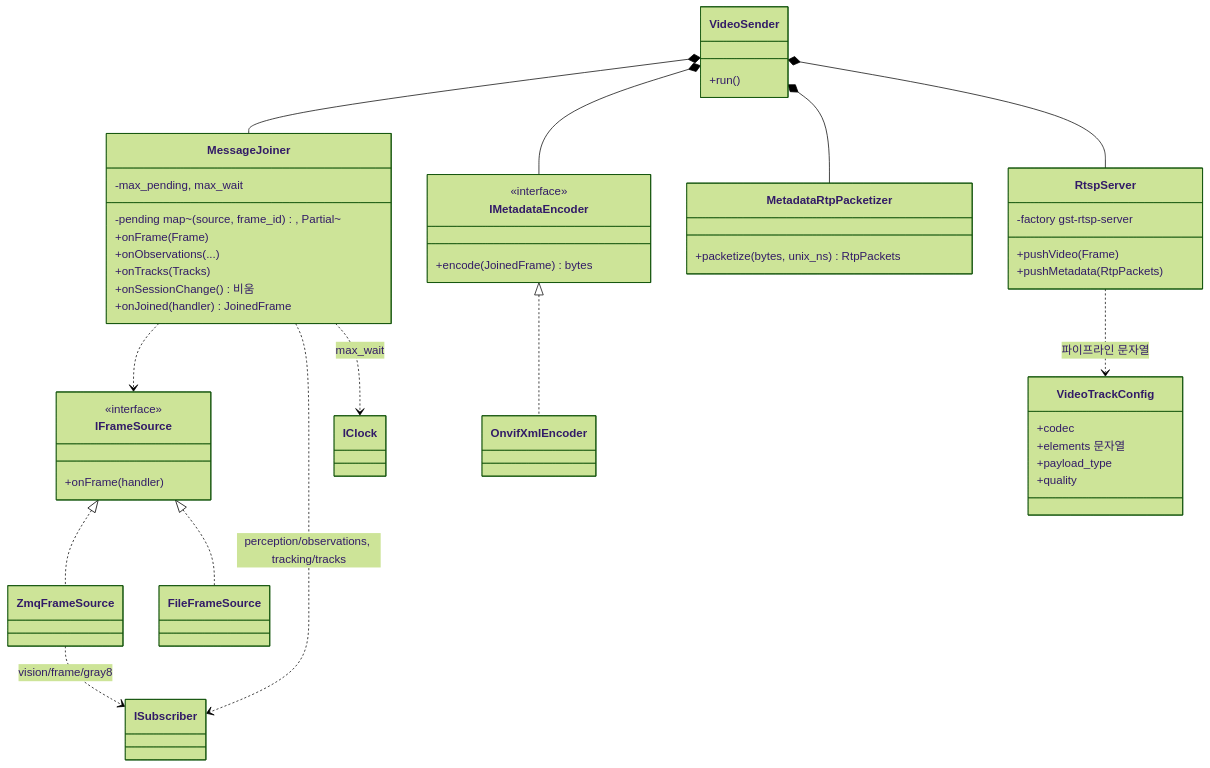
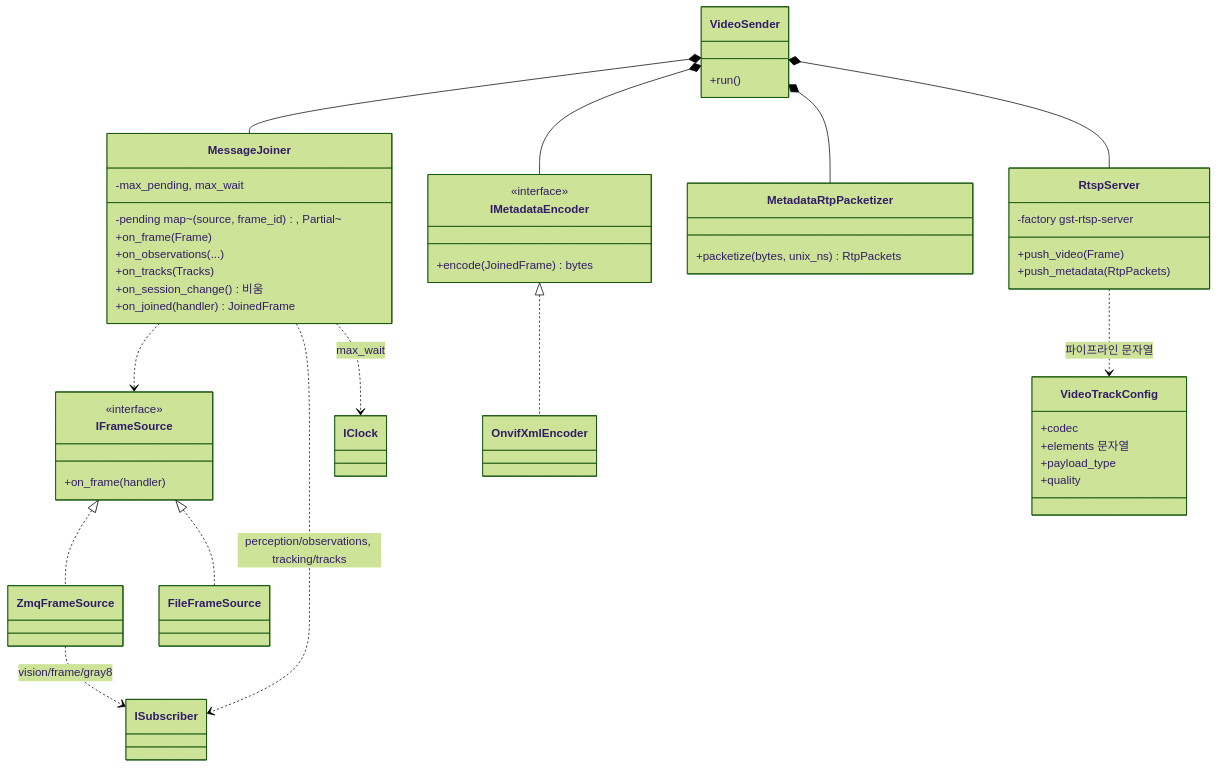
The first of 2 diagrams in docs/design/uml/class_video.md (lig-argus/argus-edge-vision), drawn with Mermaid (forest theme) before and after one commit. The commit also changed other lines of this file and 3 other files, not shown here.

First line of the commit message:
docs: UML C++ 메서드 이름을 snake_case 로, vehicle_api 값 타입 반영

````diff
--- a/docs/design/uml/class_video.md
+++ b/docs/design/uml/class_video.md
@@ -11,53 +11,53 @@
 ```mermaid
 classDiagram
     class IFrameSource {
         <<interface>>
-        +onFrame(handler)
+        +on_frame(handler)
     }
     class ZmqFrameSource
     class FileFrameSource
     class MessageJoiner {
         -pending map~(source, frame_id), Partial~
         -max_pending, max_wait
-        +onFrame(Frame)
-        +onObservations(...)
-        +onTracks(Tracks)
-        +onSessionChange() 비움
-        +onJoined(handler) JoinedFrame
+        +on_frame(Frame)
+        +on_observations(...)
+        +on_tracks(Tracks)
+        +on_session_change() 비움
+        +on_joined(handler) JoinedFrame
     }
     class IMetadataEncoder {
         <<interface>>
         +encode(JoinedFrame) bytes
     }
     class OnvifXmlEncoder
     class MetadataRtpPacketizer {
         +packetize(bytes, unix_ns) RtpPackets
     }
     class VideoTrackConfig {
         +codec
         +elements 문자열
         +payload_type
         +quality
     }
     class RtspServer {
         -factory gst-rtsp-server
-        +pushVideo(Frame)
-        +pushMetadata(RtpPackets)
+        +push_video(Frame)
+        +push_metadata(RtpPackets)
     }
     class VideoSender {
         +run()
     }
 
     IFrameSource <|.. ZmqFrameSource
     IFrameSource <|.. FileFrameSource
     IMetadataEncoder <|.. OnvifXmlEncoder
     ZmqFrameSource ..> ISubscriber : vision/frame/gray8
     MessageJoiner ..> IFrameSource
     MessageJoiner ..> ISubscriber : perception/observations, tracking/tracks
     MessageJoiner ..> IClock : max_wait
     VideoSender *-- MessageJoiner
     VideoSender *-- IMetadataEncoder
     VideoSender *-- MetadataRtpPacketizer
     VideoSender *-- RtspServer
     RtspServer ..> VideoTrackConfig : 파이프라인 문자열
 ```
````
